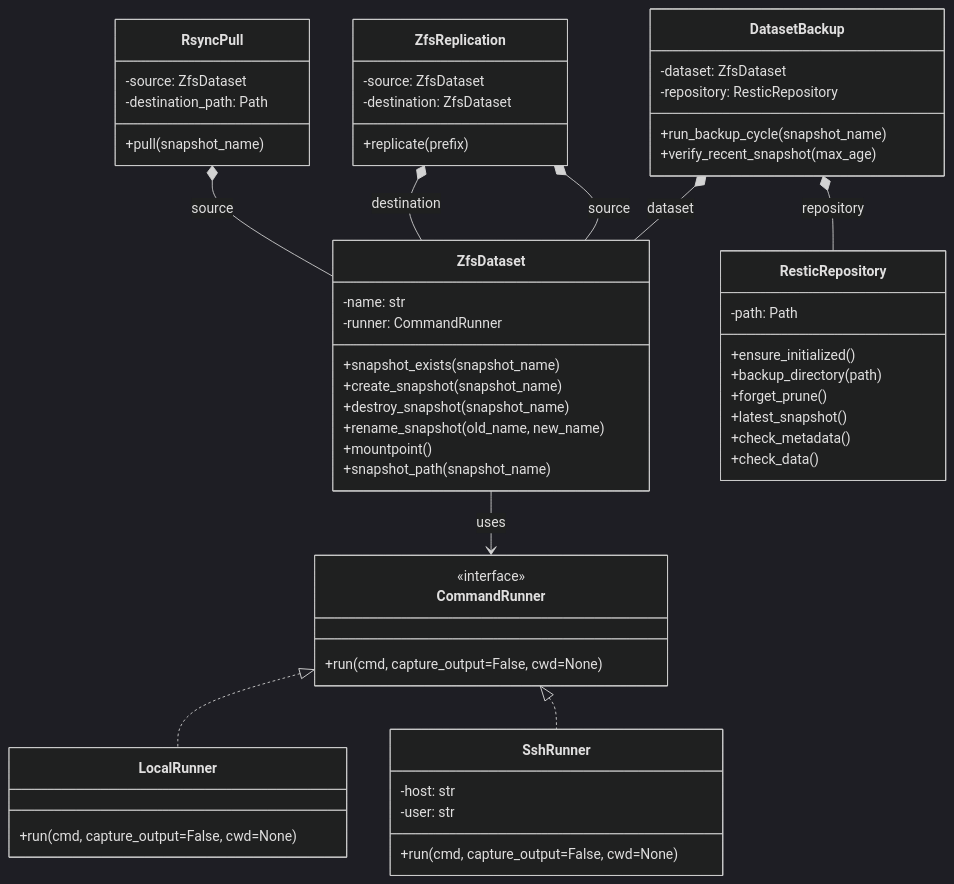
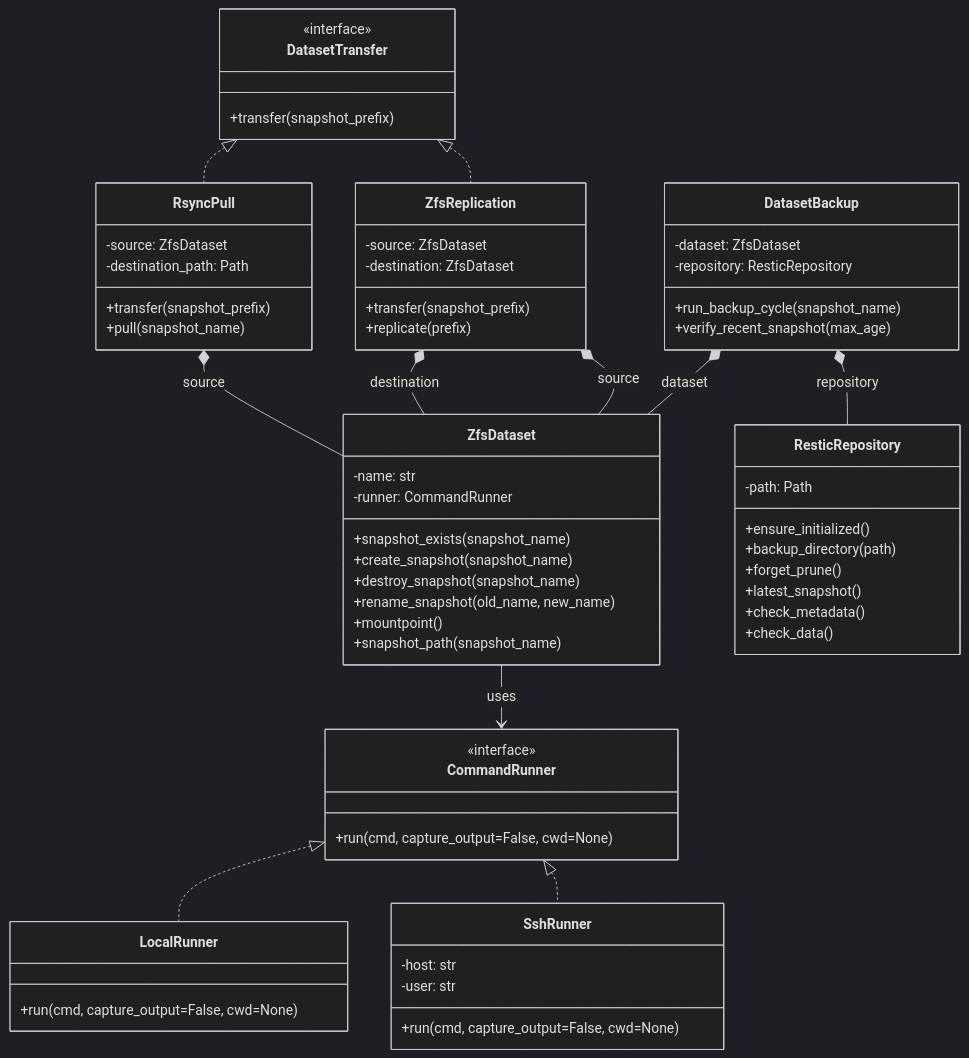
One commit to franco-ruggeri/nix-config changed the diagram in python/homelab-backup/docs/design.md. Above: the diagram before and after it, drawn with Mermaid (dark theme). The commit also changed other lines of this file and 5 other files, not shown here.

Commit message:
refactor(homelab): add dataset transfer interface

````diff
--- a/python/homelab-backup/docs/design.md
+++ b/python/homelab-backup/docs/design.md
@@ -5,67 +5,76 @@
 ```mermaid
 classDiagram
   class CommandRunner {
     <<interface>>
     +run(cmd, capture_output=False, cwd=None)
   }
 
   class LocalRunner {
     +run(cmd, capture_output=False, cwd=None)
   }
 
   class SshRunner {
     -host: str
     -user: str
     +run(cmd, capture_output=False, cwd=None)
   }
 
   class ZfsDataset {
     -name: str
     -runner: CommandRunner
     +snapshot_exists(snapshot_name)
     +create_snapshot(snapshot_name)
     +destroy_snapshot(snapshot_name)
     +rename_snapshot(old_name, new_name)
     +mountpoint()
     +snapshot_path(snapshot_name)
   }
 
   class ResticRepository {
     -path: Path
     +ensure_initialized()
     +backup_directory(path)
     +forget_prune()
     +latest_snapshot()
     +check_metadata()
     +check_data()
   }
 
   class DatasetBackup {
     -dataset: ZfsDataset
     -repository: ResticRepository
     +run_backup_cycle(snapshot_name)
     +verify_recent_snapshot(max_age)
   }
 
+  class DatasetTransfer {
+    <<interface>>
+    +transfer(snapshot_prefix)
+  }
+
   class ZfsReplication {
     -source: ZfsDataset
     -destination: ZfsDataset
+    +transfer(snapshot_prefix)
     +replicate(prefix)
   }
 
   class RsyncPull {
     -source: ZfsDataset
     -destination_path: Path
+    +transfer(snapshot_prefix)
     +pull(snapshot_name)
   }
 
   CommandRunner <|.. LocalRunner
   CommandRunner <|.. SshRunner
+  DatasetTransfer <|.. ZfsReplication
+  DatasetTransfer <|.. RsyncPull
 
   ZfsDataset --> CommandRunner : uses
   DatasetBackup *-- ZfsDataset : dataset
   DatasetBackup *-- ResticRepository : repository
   ZfsReplication *-- ZfsDataset : source
   ZfsReplication *-- ZfsDataset : destination
   RsyncPull *-- ZfsDataset : source
 ```
````
